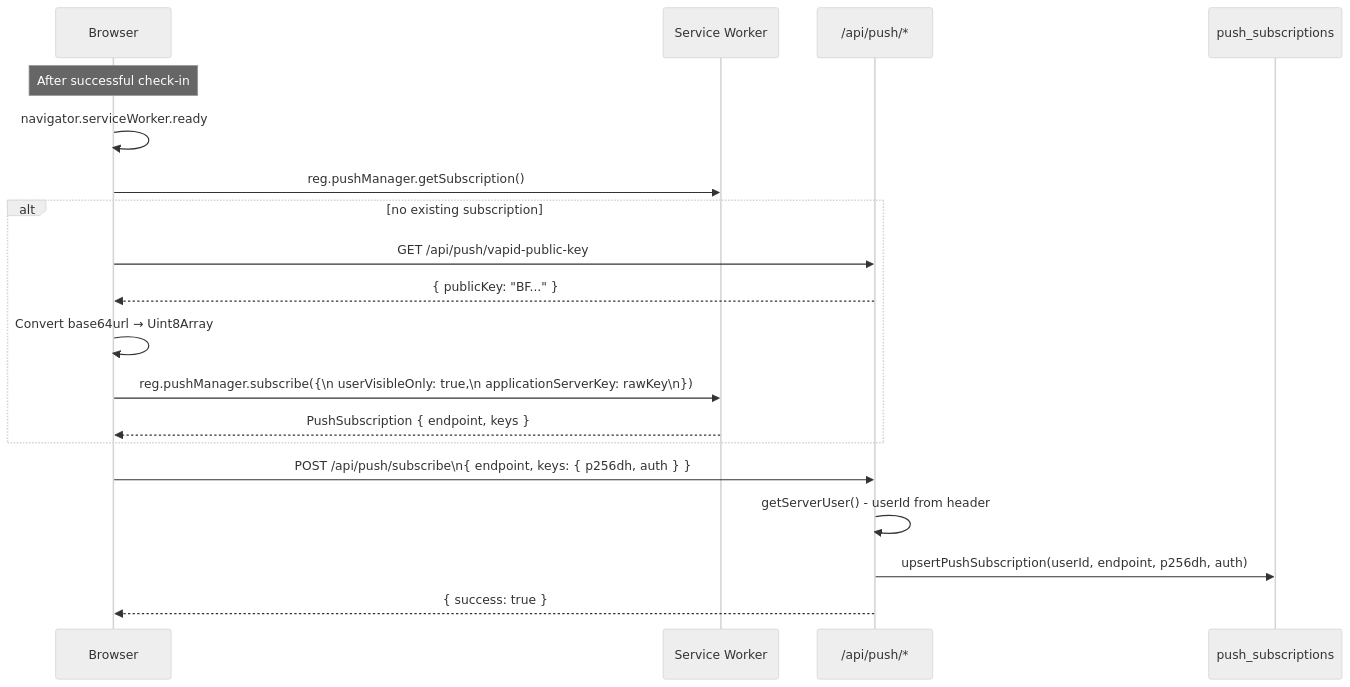
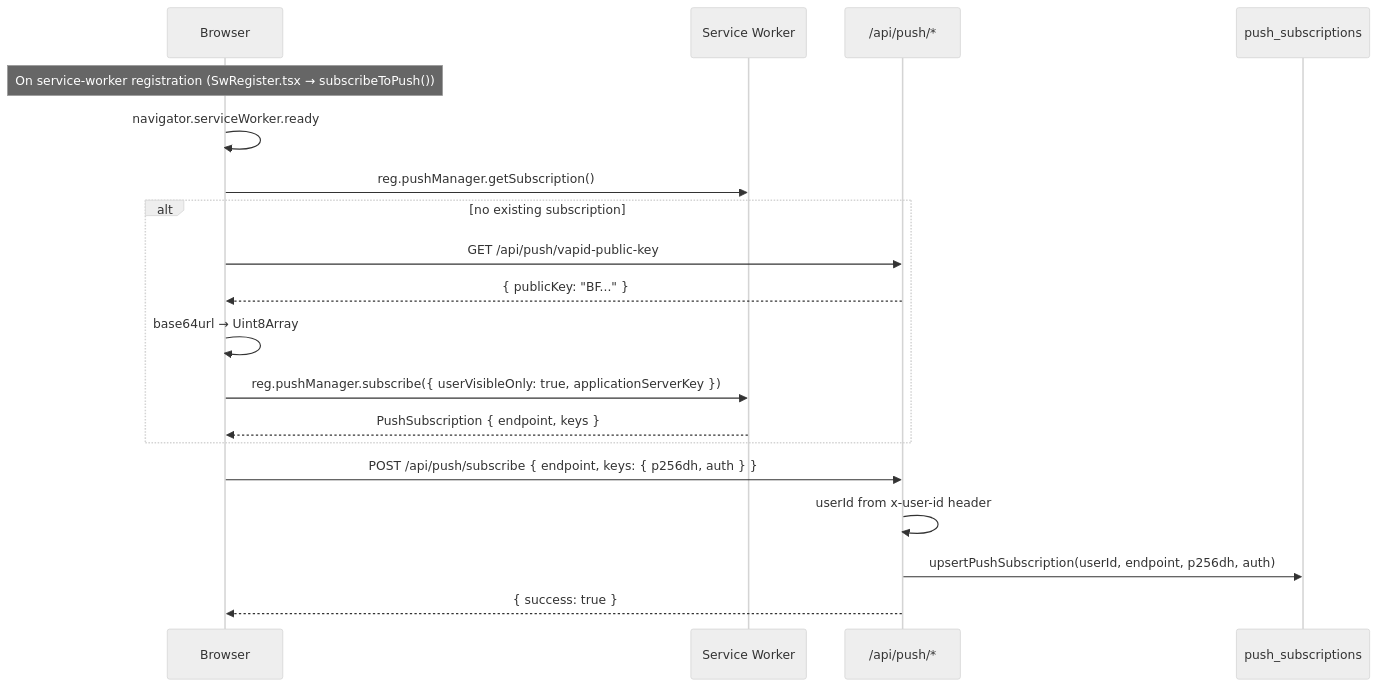
One commit to ksharma20/checkmark changed the second of 5 diagrams in docs/architecture/notification-flow.md. Above: the diagram before and after it, drawn with Mermaid (neutral theme). The commit also changed other lines of this file and 296 other files, not shown here.

````diff
--- a/docs/architecture/notification-flow.md
+++ b/docs/architecture/notification-flow.md
@@ -27,23 +227,23 @@
 ```mermaid
 sequenceDiagram
   participant U as Browser
   participant SW as Service Worker
   participant API as /api/push/*
   participant DB as push_subscriptions
 
-  Note over U: After successful check-in
+  Note over U: On service-worker registration (SwRegister.tsx → subscribeToPush())
 
   U->>U: navigator.serviceWorker.ready
   U->>SW: reg.pushManager.getSubscription()
   alt no existing subscription
     U->>API: GET /api/push/vapid-public-key
     API-->>U: { publicKey: "BF..." }
-    U->>U: Convert base64url → Uint8Array
-    U->>SW: reg.pushManager.subscribe({\n  userVisibleOnly: true,\n  applicationServerKey: rawKey\n})
+    U->>U: base64url → Uint8Array
+    U->>SW: reg.pushManager.subscribe({ userVisibleOnly: true, applicationServerKey })
     SW-->>U: PushSubscription { endpoint, keys }
   end
-  U->>API: POST /api/push/subscribe\n{ endpoint, keys: { p256dh, auth } }
-  API->>API: getServerUser() - userId from header
+  U->>API: POST /api/push/subscribe { endpoint, keys: { p256dh, auth } }
+  API->>API: userId from x-user-id header
   API->>DB: upsertPushSubscription(userId, endpoint, p256dh, auth)
   API-->>U: { success: true }
 ```
````
